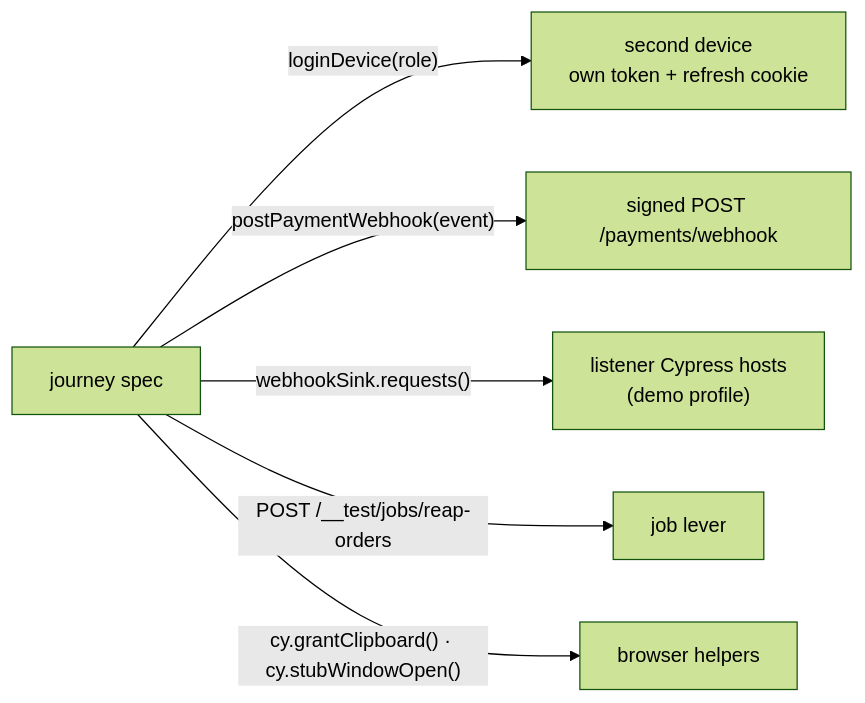
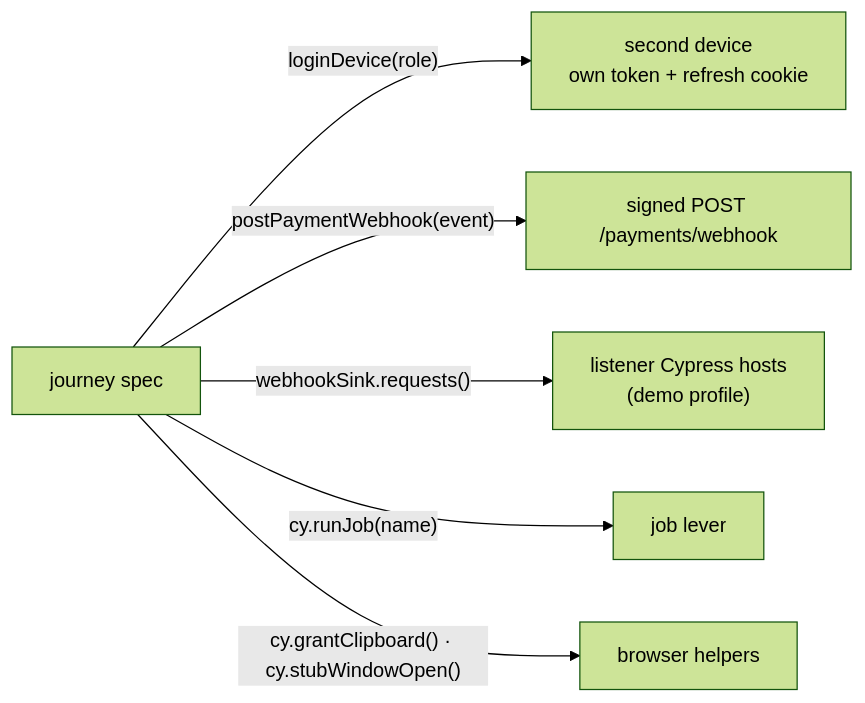
One commit to Guebbit/boilerplate-vue-frontend changed the third of 3 diagrams in docs/reference/tests.md. Above: the diagram before and after it, drawn with Mermaid (forest theme). The commit also changed other lines of this file and 3 other files, not shown here.

````diff
--- a/docs/reference/tests.md
+++ b/docs/reference/tests.md
@@ -192,8 +198,8 @@
 ```mermaid
 flowchart LR
     S["journey spec"] -->|"loginDevice(role)"| D["second device<br/>own token + refresh cookie"]
     S -->|"postPaymentWebhook(event)"| P["signed POST /payments/webhook"]
     S -->|"webhookSink.requests()"| W["listener Cypress hosts<br/>(demo profile)"]
-    S -->|"POST /__test/jobs/reap-orders"| J["job lever"]
+    S -->|"cy.runJob(name)"| J["job lever"]
     S -->|"cy.grantClipboard() · cy.stubWindowOpen()"| B["browser helpers"]
 ```
````
